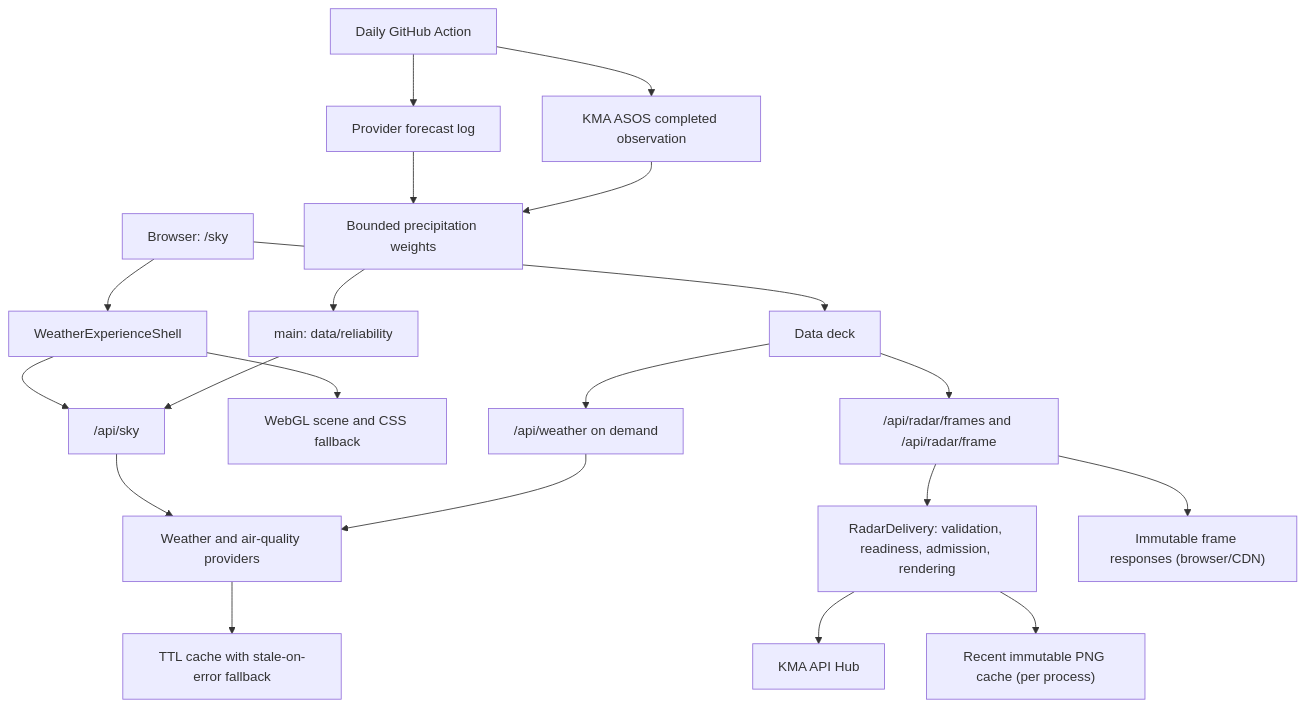
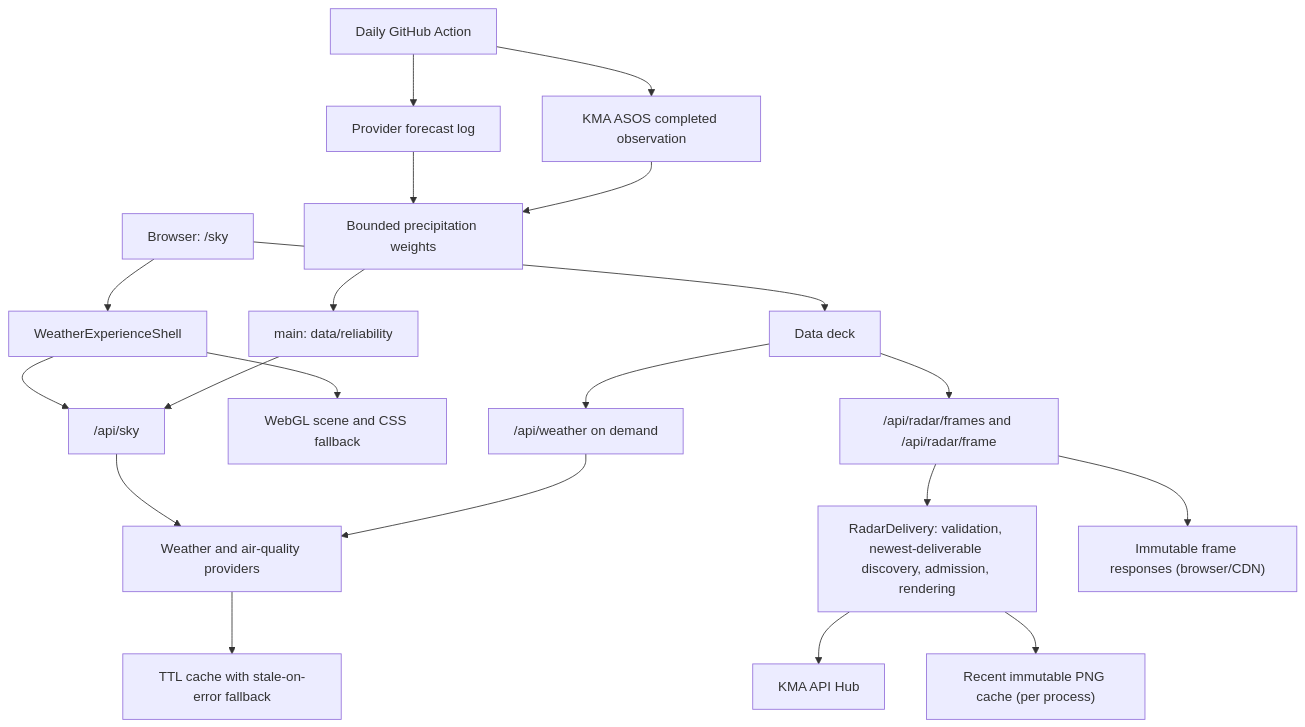
Before and after one commit to mhju0/rain-today: the diagram in README.md, drawn with Mermaid. The commit also changed other lines of this file and 15 other files, not shown here.

Commit message:
fix: harden radar delivery lifecycle

````diff
--- a/README.md
+++ b/README.md
@@ -72,22 +72,22 @@
 ```mermaid
 flowchart TB
   Browser["Browser: /sky"] --> Shell["WeatherExperienceShell"]
   Shell --> SkyAPI["/api/sky"]
   Shell --> Scene["WebGL scene and CSS fallback"]
   Browser --> Deck["Data deck"]
   Deck --> RadarRoutes["/api/radar/frames and /api/radar/frame"]
   Deck --> Intelligence["/api/weather on demand"]
   SkyAPI --> Providers["Weather and air-quality providers"]
   Intelligence --> Providers
-  RadarRoutes --> Delivery["RadarDelivery: validation, readiness, admission, rendering"]
+  RadarRoutes --> Delivery["RadarDelivery: validation, newest-deliverable discovery, admission, rendering"]
   Delivery --> KMA["KMA API Hub"]
   Delivery --> RadarCache["Recent immutable PNG cache (per process)"]
   RadarRoutes --> EdgeCache["Immutable frame responses (browser/CDN)"]
   Providers --> Cache["TTL cache with stale-on-error fallback"]
   Action["Daily GitHub Action"] --> ForecastLog["Provider forecast log"]
   Action --> KMAObservation["KMA ASOS completed observation"]
   ForecastLog --> Weights["Bounded precipitation weights"]
   KMAObservation --> Weights
   Weights --> MainState["main: data/reliability"]
   MainState --> SkyAPI
 ```
````
